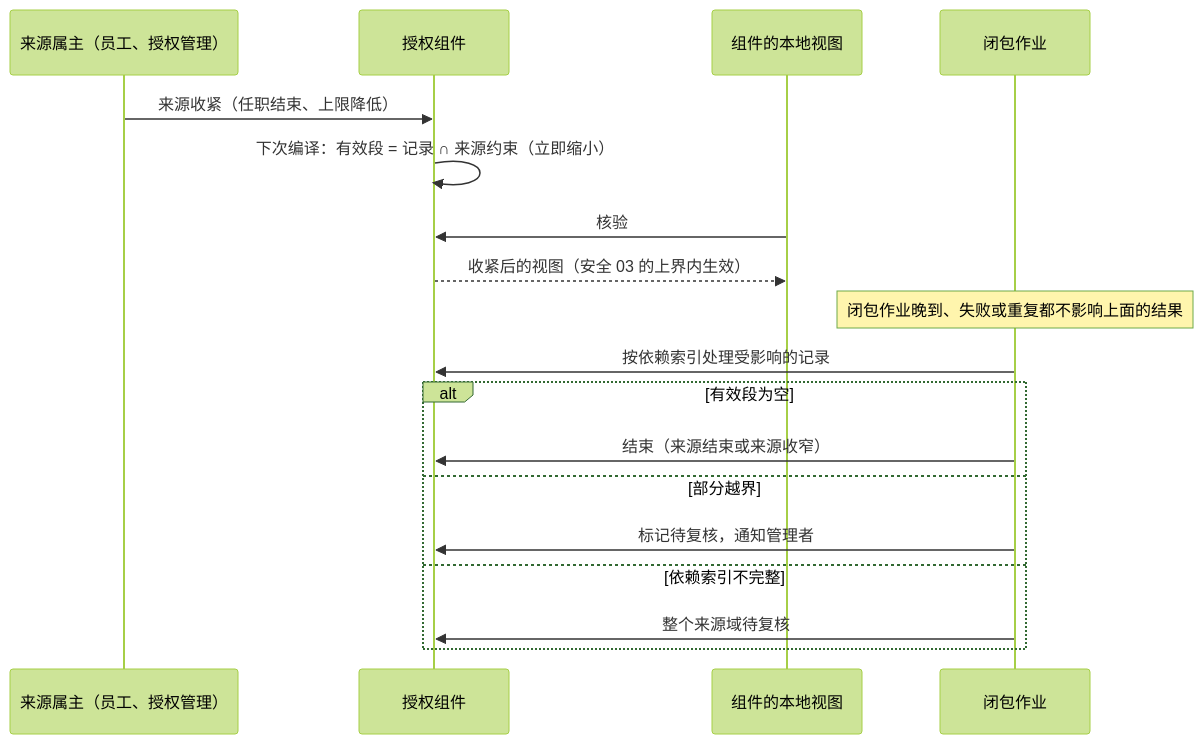
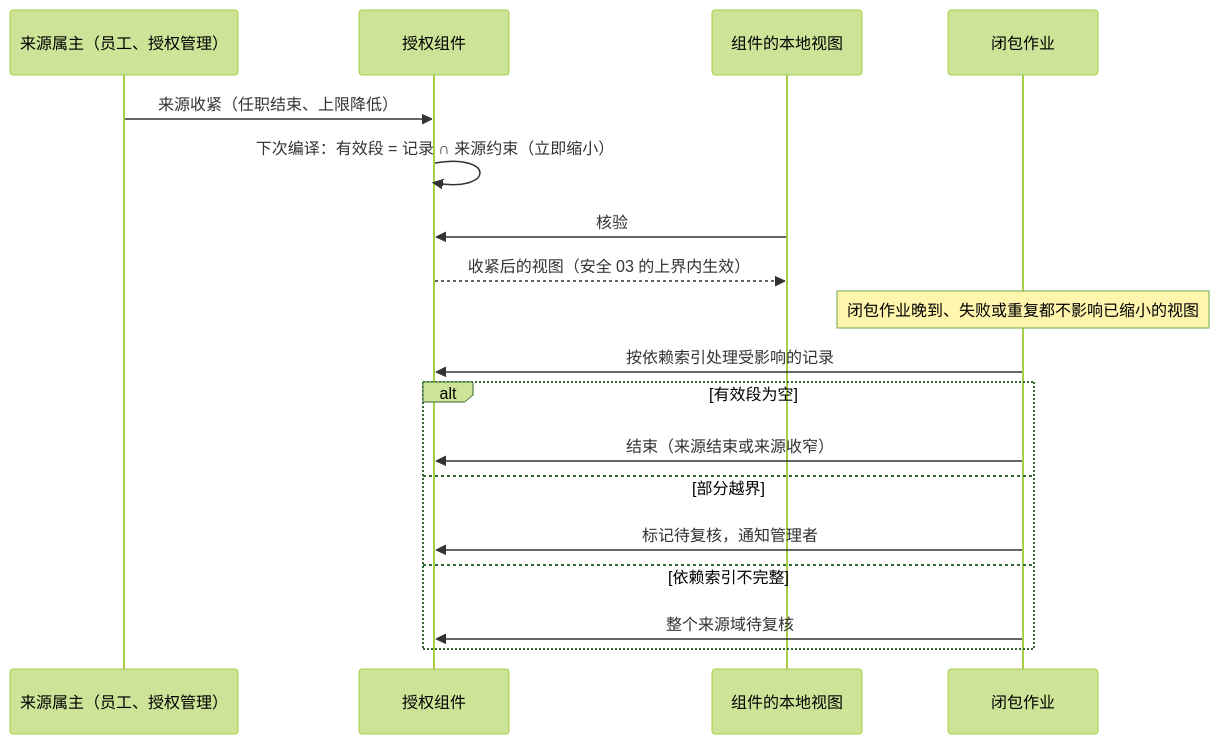
Before and after one commit to brickKit/be-assembly-standard: the second of 2 diagrams in tempDocs/final/06-protocols/security/08-state-and-change-protocol.md, drawn with Mermaid (forest theme). The commit also changed other lines of this file and 10 other files, not shown here.

````diff
--- a/tempDocs/final/06-protocols/security/08-state-and-change-protocol.md
+++ b/tempDocs/final/06-protocols/security/08-state-and-change-protocol.md
@@ -219,20 +230,20 @@
 ```mermaid
 sequenceDiagram
     participant S as 来源属主（员工、授权管理）
     participant Z as 授权组件
     participant C as 组件的本地视图
     participant J as 闭包作业
     S->>Z: 来源收紧（任职结束、上限降低）
     Z->>Z: 下次编译：有效段 = 记录 ∩ 来源约束（立即缩小）
     C->>Z: 核验
     Z-->>C: 收紧后的视图（安全 03 的上界内生效）
-    Note over J: 闭包作业晚到、失败或重复都不影响上面的结果
+    Note over J: 闭包作业晚到、失败或重复都不影响已缩小的视图
     J->>Z: 按依赖索引处理受影响的记录
     alt 有效段为空
         J->>Z: 结束（来源结束或来源收窄）
     else 部分越界
         J->>Z: 标记待复核，通知管理者
     else 依赖索引不完整
         J->>Z: 整个来源域待复核
     end
 ```
````
